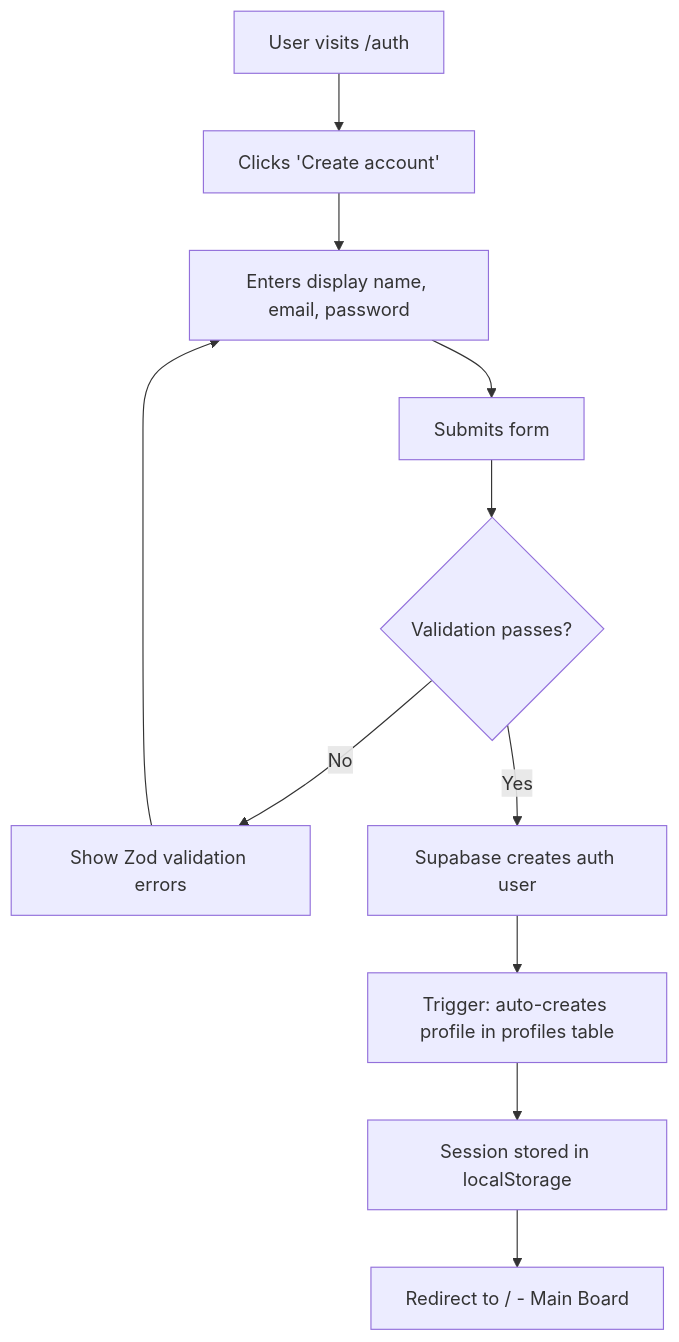
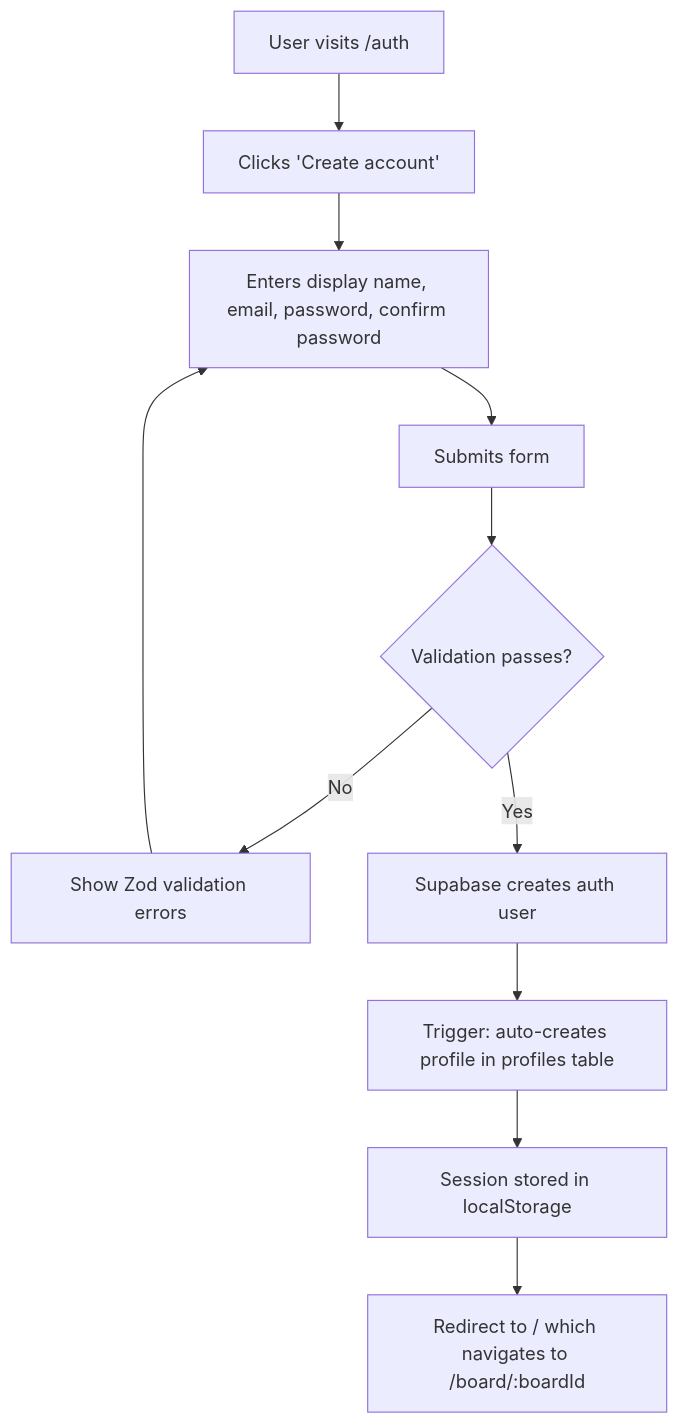
Before and after one commit to PrakritOjha/flowlink-tasks: the first of 31 diagrams in userflow.md, drawn with Mermaid. The commit also changed other lines of this file and 4 other files, not shown here.

First line of the commit message:
feat: Update user flow documentation with detailed steps for account creation, sign in, and board management

````diff
--- a/userflow.md
+++ b/userflow.md
@@ -11,13 +11,13 @@
 ```mermaid
 flowchart TD
     A[User visits /auth] --> B[Clicks 'Create account']
-    B --> C[Enters display name, email, password]
+    B --> C[Enters display name, email, password, confirm password]
     C --> D[Submits form]
     D --> E{Validation passes?}
     E -- No --> F[Show Zod validation errors]
     F --> C
     E -- Yes --> G[Supabase creates auth user]
     G --> H[Trigger: auto-creates profile in profiles table]
     H --> I[Session stored in localStorage]
-    I --> J[Redirect to / - Main Board]
+    I --> J[Redirect to / which navigates to /board/:boardId]
 ```
````
